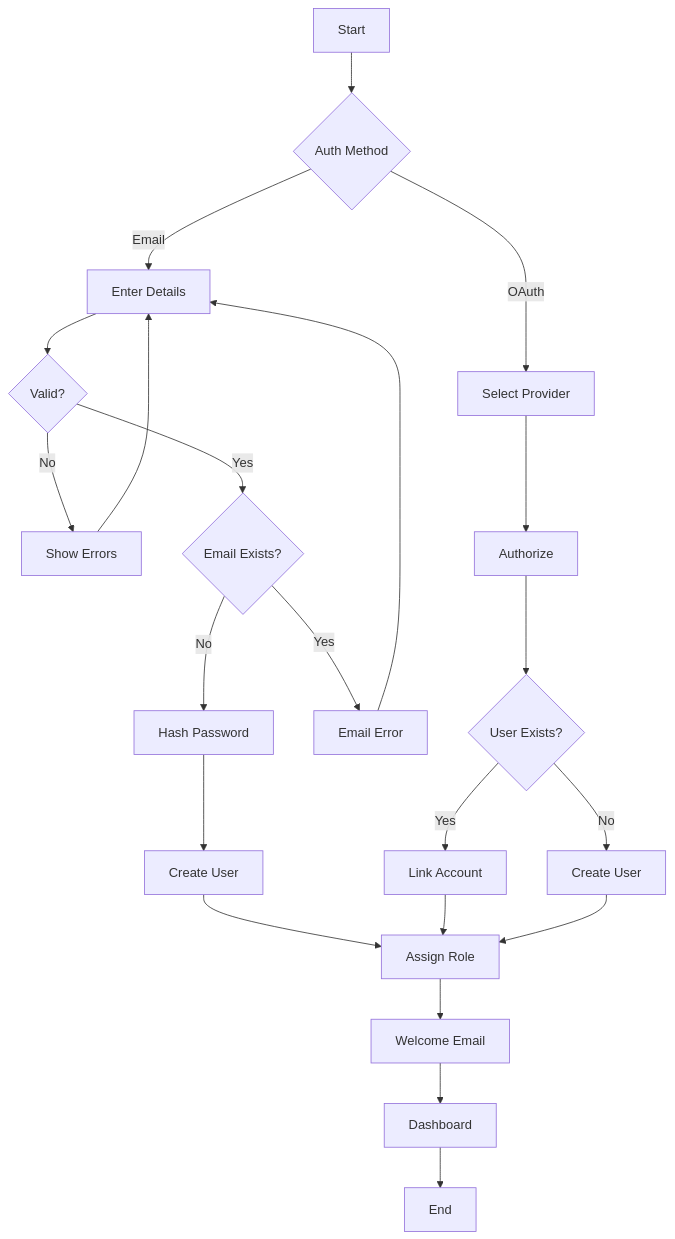
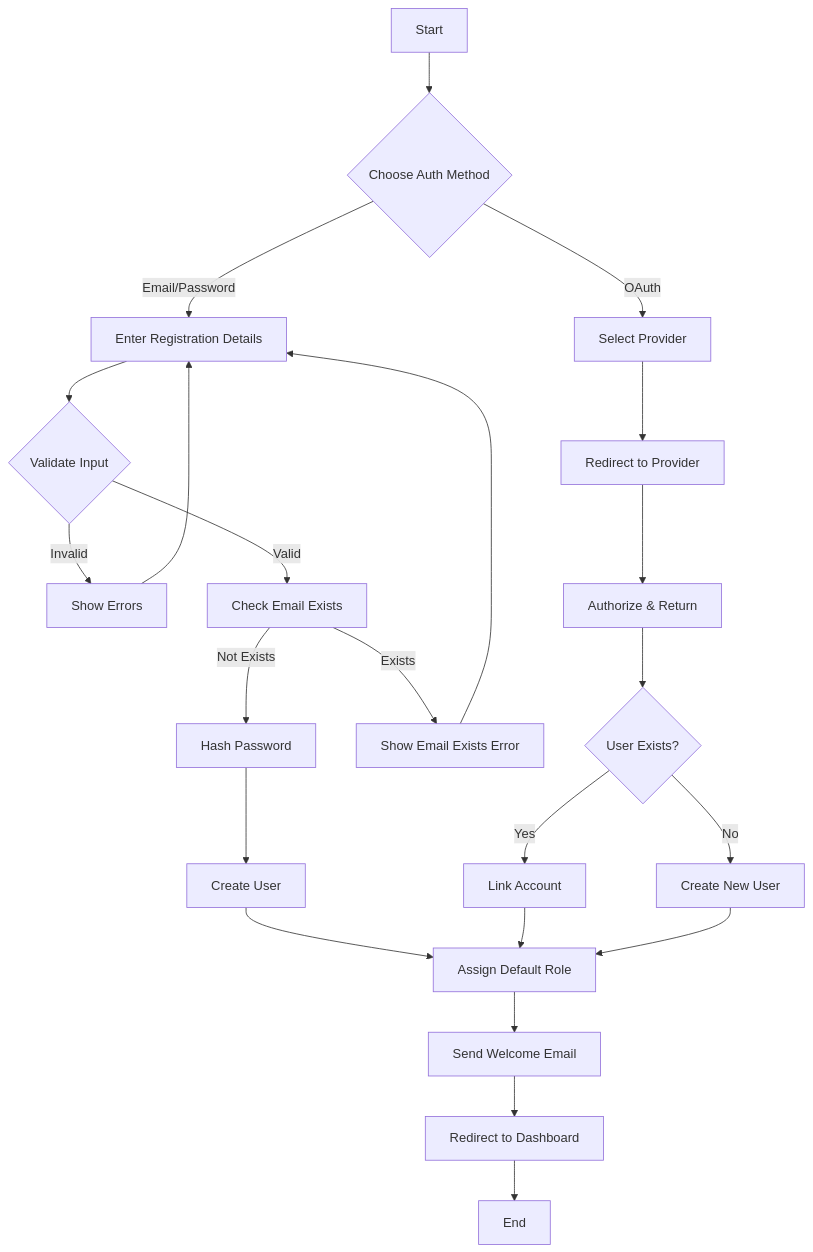
Before and after one commit to coded-with-aryan0426/gym-management-system-fullstack: the sixth of 8 diagrams in docs/uml_diagrams.md, drawn with Mermaid. The commit also changed other lines of this file and 16 other files, not shown here.

````diff
--- a/docs/uml_diagrams.md
+++ b/docs/uml_diagrams.md
@@ -291,27 +306,30 @@
 ```mermaid
-flowchart TB
-    A[Start] --> B{Auth Method}
-    B -->|Email| C[Enter Details]
+flowchart TD
+    A[Start] --> B{Choose Auth Method}
+    B -->|Email/Password| C[Enter Registration Details]
     B -->|OAuth| D[Select Provider]
     
-    C --> E{Valid?}
-    E -->|No| F[Show Errors] --> C
-    E -->|Yes| G{Email Exists?}
+    C --> E{Validate Input}
+    E -->|Invalid| F[Show Errors]
+    F --> C
+    E -->|Valid| G[Check Email Exists]
     
-    D --> H[Authorize]
-    H --> I{User Exists?}
-    I -->|Yes| J[Link Account]
-    I -->|No| K[Create User]
+    D --> H[Redirect to Provider]
+    H --> I[Authorize & Return]
+    I --> J{User Exists?}
+    J -->|Yes| K[Link Account]
+    J -->|No| L[Create New User]
     
-    G -->|Yes| L[Email Error] --> C
-    G -->|No| M[Hash Password]
-    M --> N[Create User]
-    N --> O[Assign Role]
+    G -->|Exists| M[Show Email Exists Error]
+    M --> C
+    G -->|Not Exists| N[Hash Password]
+    N --> O[Create User]
+    O --> P[Assign Default Role]
     
-    J --> O
-    K --> O
+    K --> P
+    L --> P
     
-    O --> P[Welcome Email]
-    P --> Q[Dashboard]
-    Q --> R[End]
+    P --> Q[Send Welcome Email]
+    Q --> R[Redirect to Dashboard]
+    R --> S[End]
 ```
````
